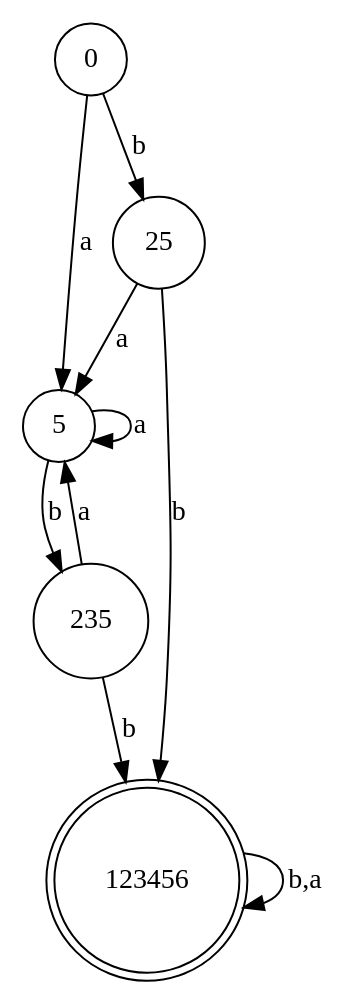
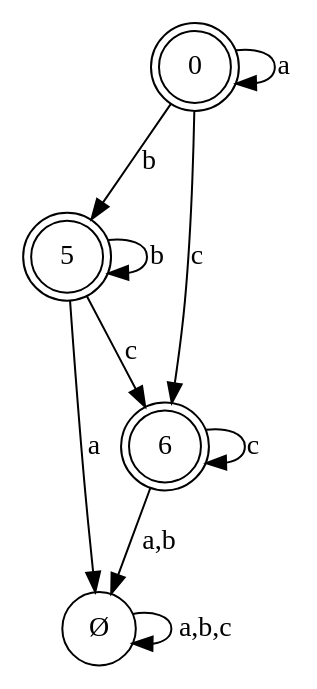
The diagram in projeto_1/test-output/graph.gv (igorbragaia/CTC-34), drawn with Graphviz before and after one commit. The commit also changed 3 other files, not shown here.

```diff
--- a/projeto_1/test-output/graph.gv
+++ b/projeto_1/test-output/graph.gv
@@ -1,16 +1,15 @@
 digraph {
-	0 [shape=circle]
-	5 [shape=circle]
-	25 [shape=circle]
-	235 [shape=circle]
-	123456 [shape=doublecircle]
-	0 -> 5 [label=a]
-	0 -> 25 [label=b]
-	5 -> 235 [label=b]
-	25 -> 123456 [label=b]
-	235 -> 123456 [label=b]
-	123456 -> 123456 [label="b,a"]
-	5 -> 5 [label=a]
-	25 -> 5 [label=a]
-	235 -> 5 [label=a]
+	0 [shape=doublecircle]
+	5 [shape=doublecircle]
+	6 [shape=doublecircle]
+	"Ø" [shape=circle]
+	0 -> 5 [label=b]
+	0 -> 6 [label=c]
+	5 -> 6 [label=c]
+	"Ø" -> "Ø" [label="a,b,c"]
+	5 -> "Ø" [label=a]
+	6 -> "Ø" [label="a,b"]
+	6 -> 6 [label=c]
+	5 -> 5 [label=b]
+	0 -> 0 [label=a]
 }
```
